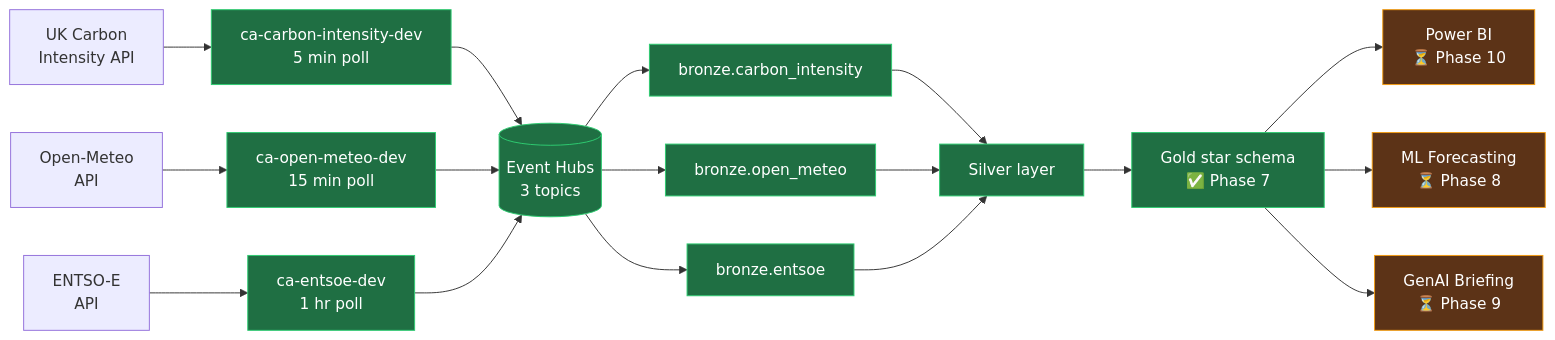
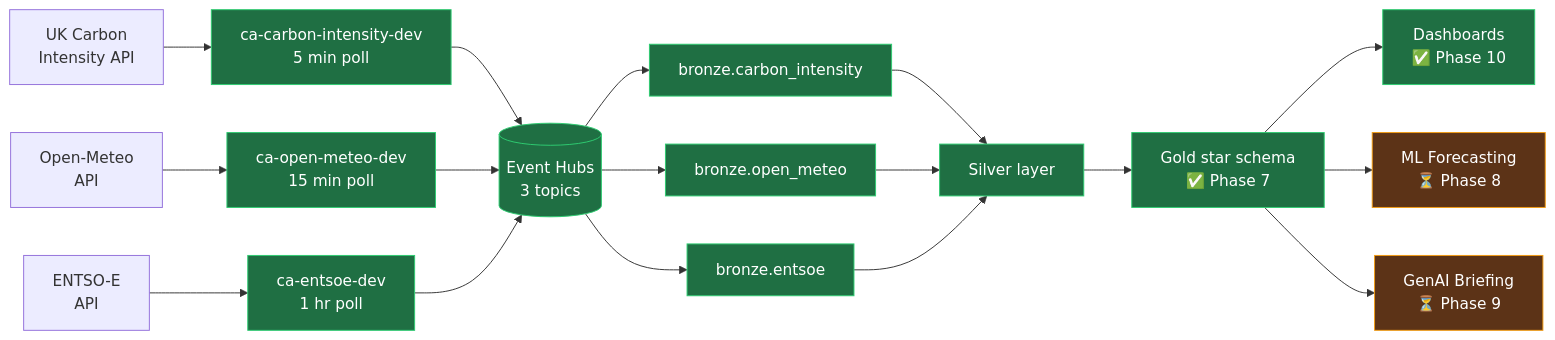
Before and after one commit to demonjd2026-afk/gridsense: the diagram in README.md, drawn with Mermaid. The commit also changed other lines of this file and 21 other files, not shown here.

First line of the commit message:
feat(dashboards): Phase 10 — three Databricks AI/BI dashboards + observability story

````diff
--- a/README.md
+++ b/README.md
@@ -48,24 +48,25 @@
 ```mermaid
 flowchart LR
     A1[UK Carbon<br/>Intensity API] --> P1[ca-carbon-intensity-dev<br/>5 min poll]
     A2[Open-Meteo<br/>API] --> P2[ca-open-meteo-dev<br/>15 min poll]
     A3[ENTSO-E<br/>API] --> P3[ca-entsoe-dev<br/>1 hr poll]
     P1 --> EH[(Event Hubs<br/>3 topics)]
     P2 --> EH
     P3 --> EH
     EH --> B1[bronze.carbon_intensity]
     EH --> B2[bronze.open_meteo]
     EH --> B3[bronze.entsoe]
     B1 --> S[Silver layer]
     B2 --> S
     B3 --> S
     S --> G[Gold star schema<br/>✅ Phase 7]
-    G --> PBI[Power BI<br/>⏳ Phase 10]
+    G --> PBI[Dashboards<br/>✅ Phase 10]
     G --> ML[ML Forecasting<br/>⏳ Phase 8]
     G --> AI[GenAI Briefing<br/>⏳ Phase 9]
 
     classDef done fill:#1f6f43,stroke:#2ecc71,color:#fff
     classDef wip fill:#5c3317,stroke:#f39c12,color:#fff
     class P1,P2,P3,EH,B1,B2,B3,S,G done
-    class PBI,ML,AI wip
+    class PBI done
+    class ML,AI wip
 ```
````
